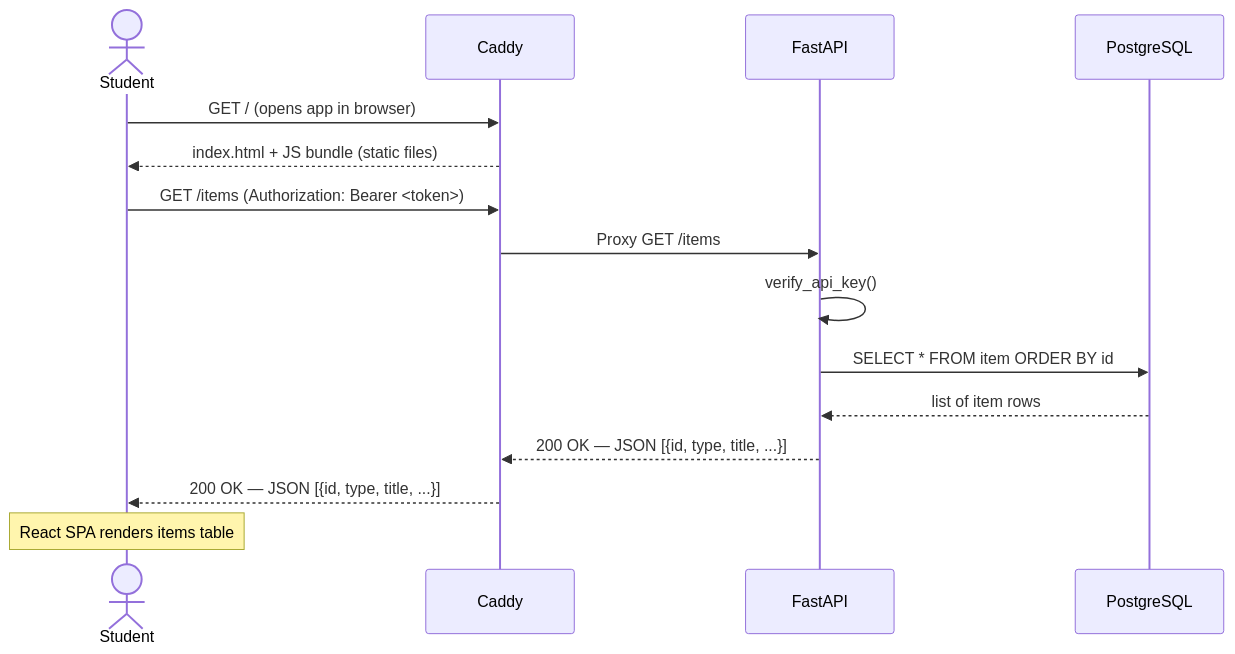
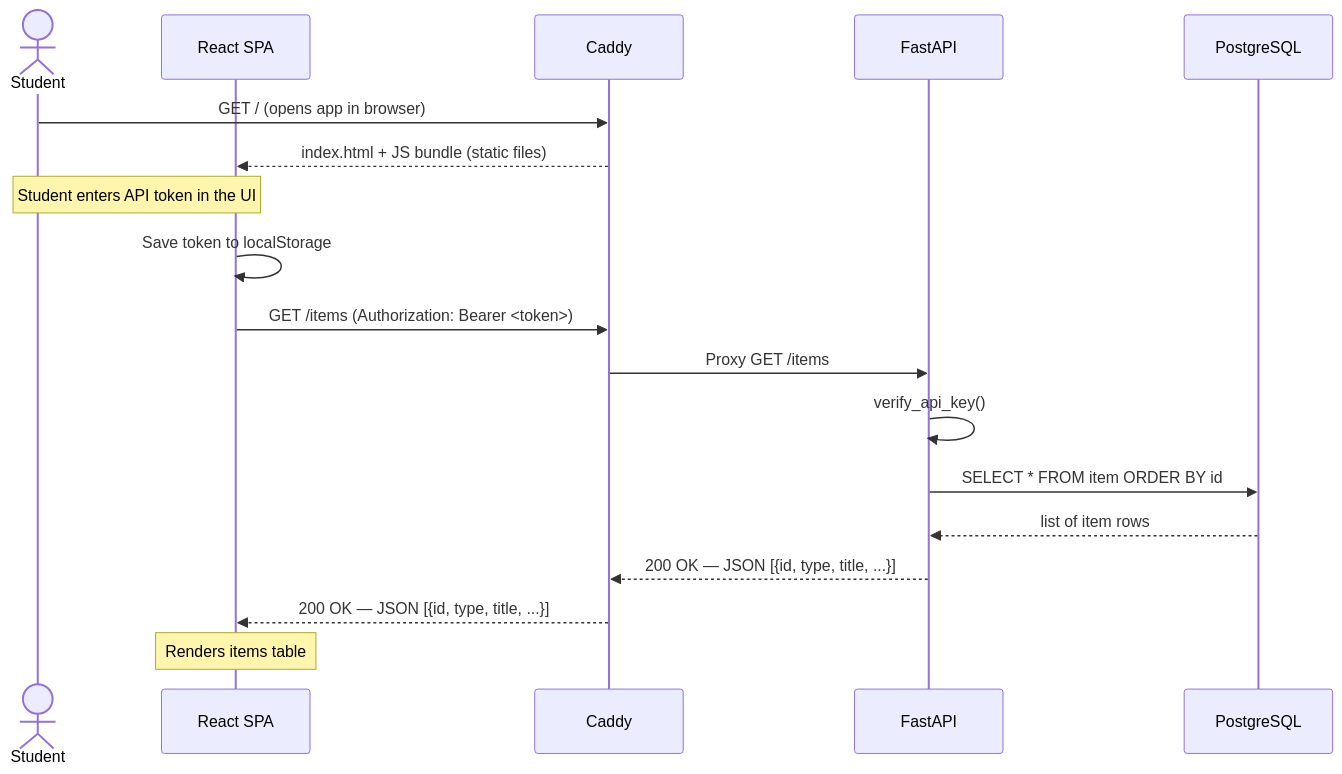
The fifth of 7 diagrams in docs/design/architecture.md (inno-se-toolkit/se-toolkit-lab-4), drawn with Mermaid before and after one commit. The commit also changed other lines of this file, not shown here.

Commit message:
docs(docs): update sequence diagram for runtime token input

````diff
--- a/docs/design/architecture.md
+++ b/docs/design/architecture.md
@@ -234,18 +234,21 @@
 ```mermaid
 sequenceDiagram
     actor Student
+    participant Browser as React SPA
     participant Caddy
     participant API as FastAPI
     participant DB as PostgreSQL
 
     Student->>Caddy: GET / (opens app in browser)
-    Caddy-->>Student: index.html + JS bundle (static files)
-    Student->>Caddy: GET /items (Authorization: Bearer <token>)
+    Caddy-->>Browser: index.html + JS bundle (static files)
+    Note over Student,Browser: Student enters API token in the UI
+    Browser->>Browser: Save token to localStorage
+    Browser->>Caddy: GET /items (Authorization: Bearer <token>)
     Caddy->>API: Proxy GET /items
     API->>API: verify_api_key()
     API->>DB: SELECT * FROM item ORDER BY id
     DB-->>API: list of item rows
     API-->>Caddy: 200 OK — JSON [{id, type, title, ...}]
-    Caddy-->>Student: 200 OK — JSON [{id, type, title, ...}]
-    Note over Student: React SPA renders items table
+    Caddy-->>Browser: 200 OK — JSON [{id, type, title, ...}]
+    Note over Browser: Renders items table
 ```
````
